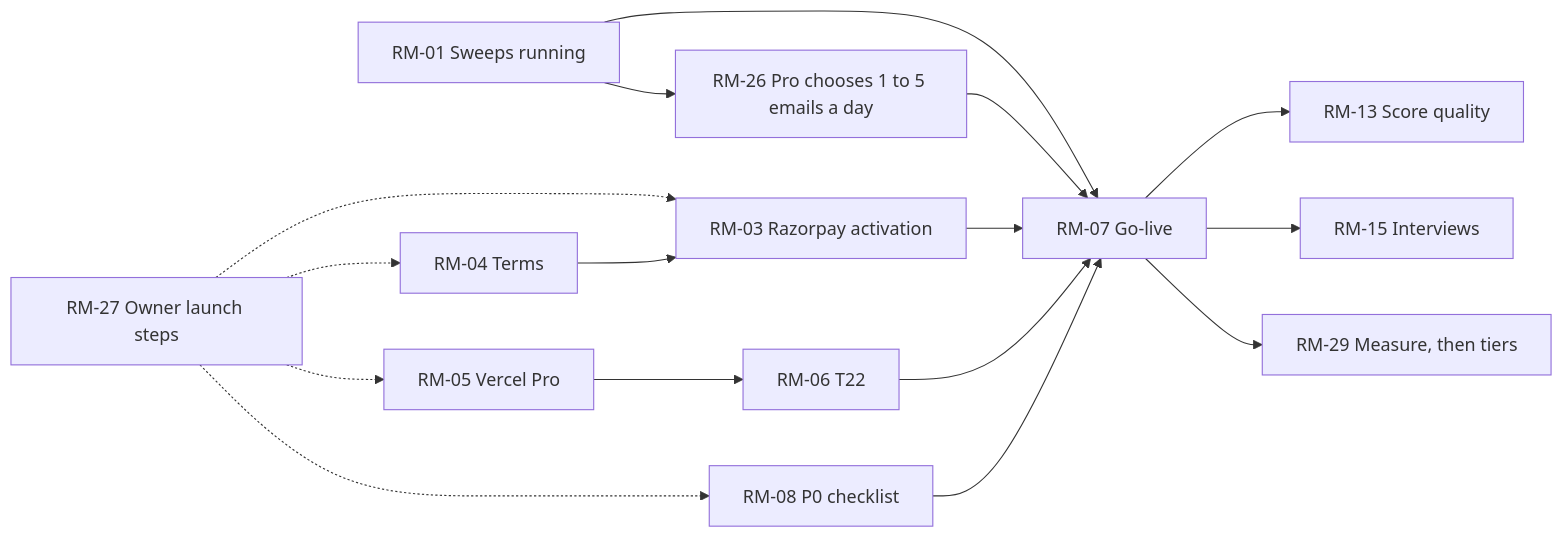
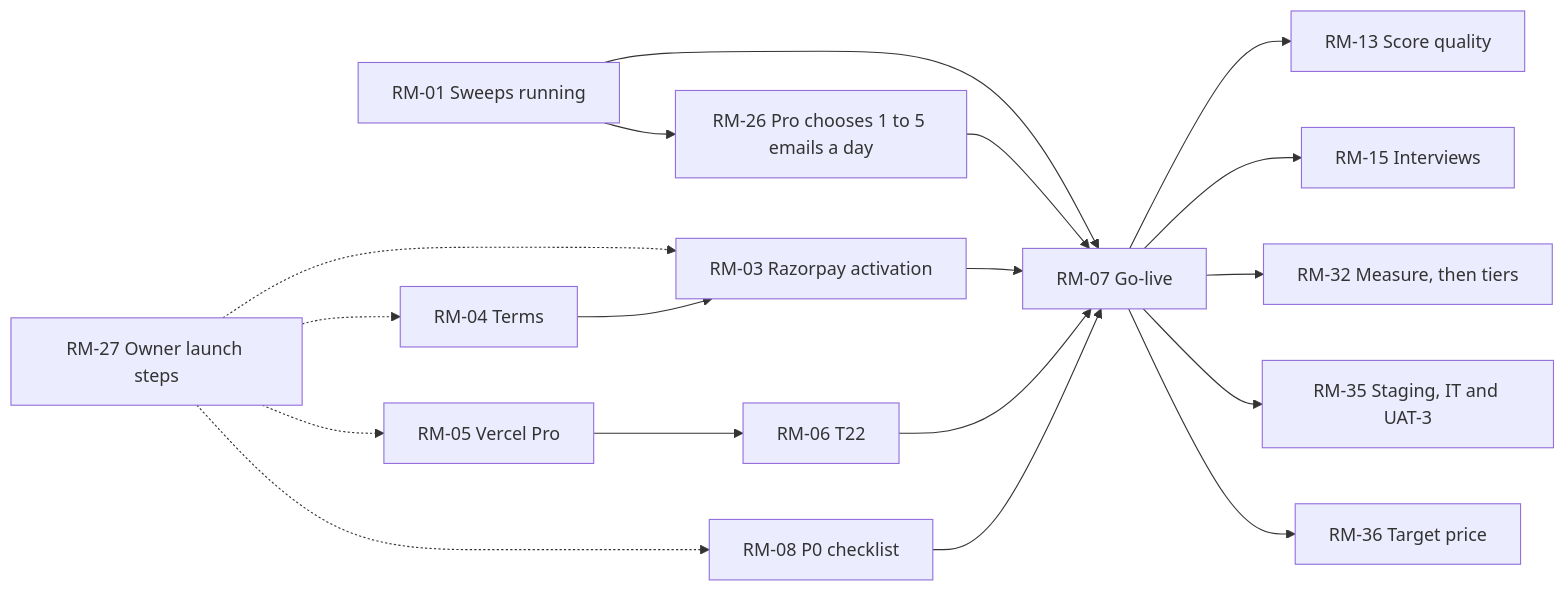
Before and after one commit to bhawnamanglapm/travel-problem-radar-case-study: the diagram in pm/04-planning-and-governance/roadmap.md, drawn with Mermaid. The commit also changed other lines of this file and 3 other files, not shown here.

First line of the commit message:
docs(pm): stage 4 up to date: RAID, change log, stakeholders, roadmap (2026-10-30)

````diff
--- a/pm/04-planning-and-governance/roadmap.md
+++ b/pm/04-planning-and-governance/roadmap.md
@@ -57,12 +63,14 @@
 ```mermaid
 flowchart LR
   RM01["RM-01 Sweeps running"] --> RM07
   RM01 --> RM26["RM-26 Pro chooses 1 to 5 emails a day"] --> RM07
   RM27["RM-27 Owner launch steps"] -.-> RM03 & RM04 & RM05 & RM08
   RM04["RM-04 Terms"] --> RM03["RM-03 Razorpay activation"] --> RM07["RM-07 Go-live"]
   RM05["RM-05 Vercel Pro"] --> RM06["RM-06 T22"] --> RM07
   RM08["RM-08 P0 checklist"] --> RM07
   RM07 --> RM13["RM-13 Score quality"]
   RM07 --> RM15["RM-15 Interviews"]
-  RM07 --> RM29["RM-29 Measure, then tiers"]
+  RM07 --> RM32["RM-32 Measure, then tiers"]
+  RM07 --> RM35["RM-35 Staging, IT and UAT-3"]
+  RM07 --> RM36["RM-36 Target price"]
 ```
````
